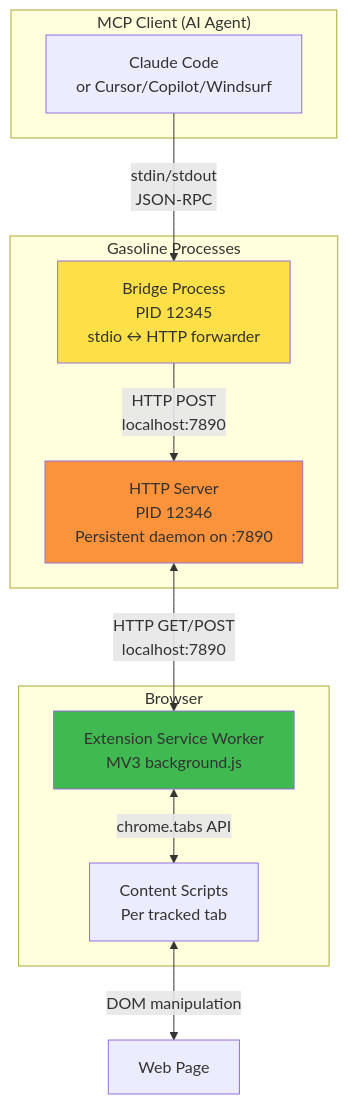
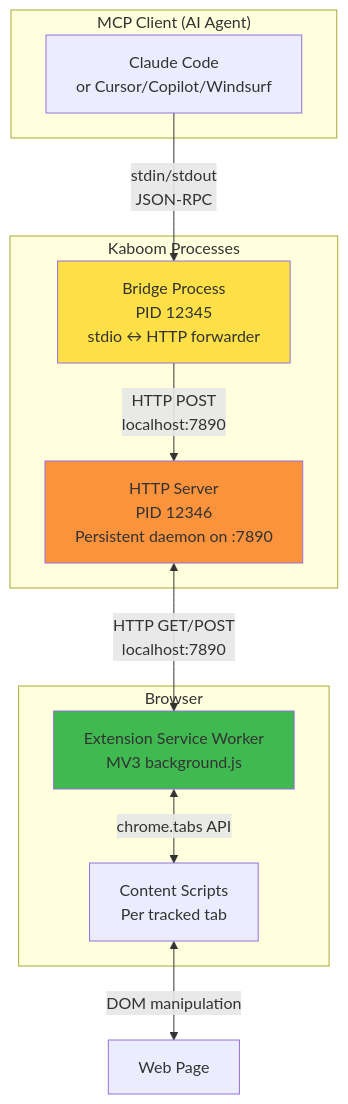
Before and after one commit to brennhill/gasoline-mcp-ai-devtools: the fifth of 10 diagrams in docs/architecture/diagrams/system-architecture.md, drawn with Mermaid. The commit also changed other lines of this file and 1983 other files, not shown here.

````diff
--- a/docs/architecture/diagrams/system-architecture.md
+++ b/docs/architecture/diagrams/system-architecture.md
@@ -181,27 +181,27 @@
 ```mermaid
 graph TB
     subgraph "MCP Client (AI Agent)"
         Claude[Claude Code<br/>or Cursor/Copilot/Windsurf]
     end
 
-    subgraph "Gasoline Processes"
+    subgraph "Kaboom Processes"
         Bridge[Bridge Process<br/>PID 12345<br/>stdio ↔ HTTP forwarder]
         Server[HTTP Server<br/>PID 12346<br/>Persistent daemon on :7890]
     end
 
     subgraph "Browser"
         Ext[Extension Service Worker<br/>MV3 background.js]
         Content[Content Scripts<br/>Per tracked tab]
     end
 
     Claude -->|stdin/stdout<br/>JSON-RPC| Bridge
     Bridge -->|HTTP POST<br/>localhost:7890| Server
 
     Server <-->|HTTP GET/POST<br/>localhost:7890| Ext
     Ext <-->|chrome.tabs API| Content
     Content <-->|DOM manipulation| Page[Web Page]
 
     style Server fill:#fb923c
     style Bridge fill:#fde047
     style Ext fill:#3fb950
 ```
````
